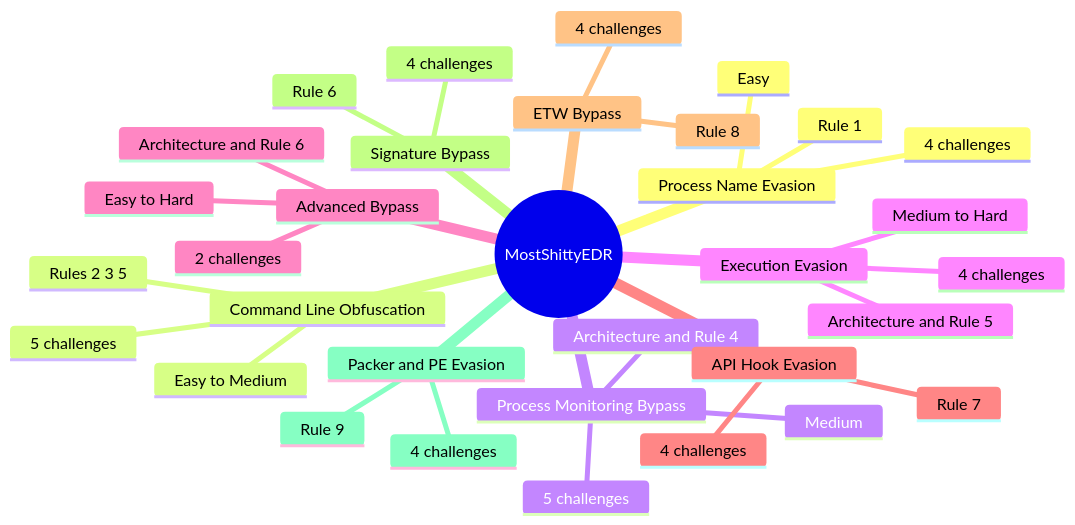
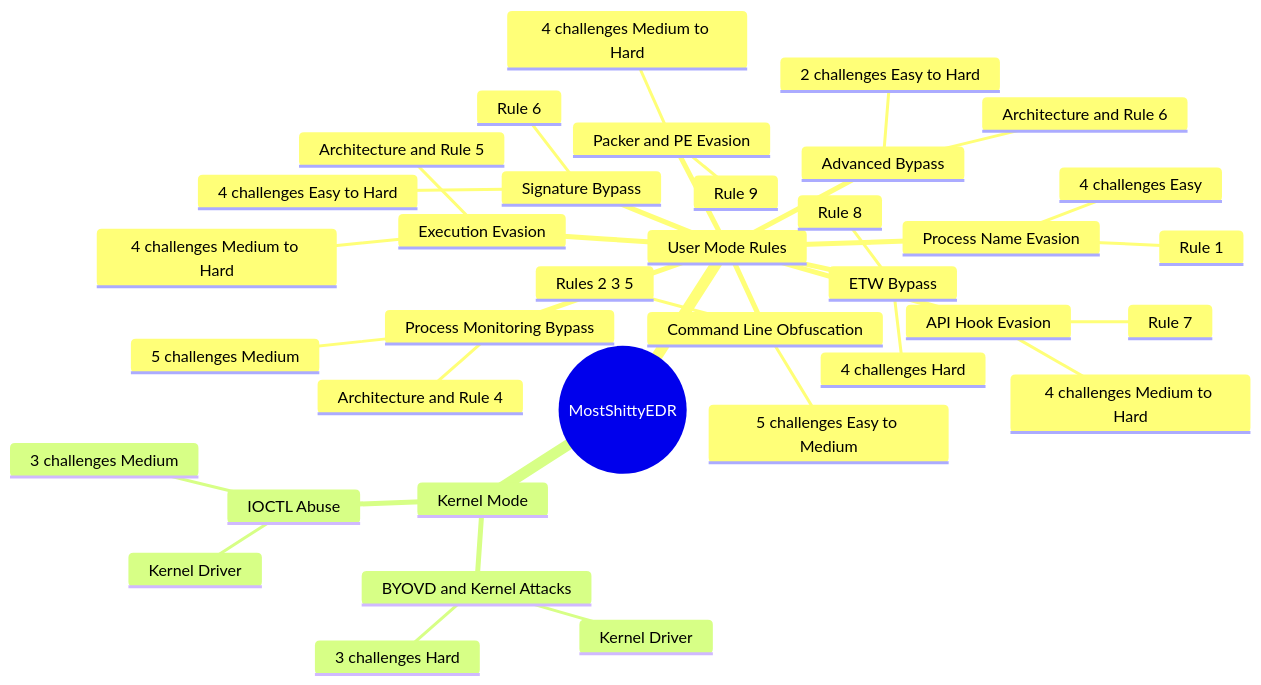
The fifth of 5 diagrams in _posts/2026-07-16-MostShittyEDR-post.md (BenjiTrapp/benjitrapp.github.io), drawn with Mermaid before and after one commit. The commit also changed other lines of this file and 1 other file, not shown here.

```diff
--- a/_posts/2026-07-16-MostShittyEDR-post.md
+++ b/_posts/2026-07-16-MostShittyEDR-post.md
@@ -149,36 +200,39 @@
 <pre class="mermaid">
 mindmap
   root((MostShittyEDR))
-    Process Name Evasion
-      4 challenges
-      Easy
-      Rule 1
-    Command Line Obfuscation
-      5 challenges
-      Easy to Medium
-      Rules 2 3 5
-    Process Monitoring Bypass
-      5 challenges
-      Medium
-      Architecture and Rule 4
-    Execution Evasion
-      4 challenges
-      Medium to Hard
-      Architecture and Rule 5
-    Advanced Bypass
-      2 challenges
-      Easy to Hard
-      Architecture and Rule 6
-    API Hook Evasion
-      4 challenges
-      Rule 7
-    ETW Bypass
-      4 challenges
-      Rule 8
-    Signature Bypass
-      4 challenges
-      Rule 6
-    Packer and PE Evasion
-      4 challenges
-      Rule 9
+    User Mode Rules
+      Process Name Evasion
+        4 challenges Easy
+        Rule 1
+      Command Line Obfuscation
+        5 challenges Easy to Medium
+        Rules 2 3 5
+      Process Monitoring Bypass
+        5 challenges Medium
+        Architecture and Rule 4
+      Execution Evasion
+        4 challenges Medium to Hard
+        Architecture and Rule 5
+      Advanced Bypass
+        2 challenges Easy to Hard
+        Architecture and Rule 6
+      API Hook Evasion
+        4 challenges Medium to Hard
+        Rule 7
+      ETW Bypass
+        4 challenges Hard
+        Rule 8
+      Signature Bypass
+        4 challenges Easy to Hard
+        Rule 6
+      Packer and PE Evasion
+        4 challenges Medium to Hard
+        Rule 9
+    Kernel Mode
+      BYOVD and Kernel Attacks
+        3 challenges Hard
+        Kernel Driver
+      IOCTL Abuse
+        3 challenges Medium
+        Kernel Driver
 </pre>
```
